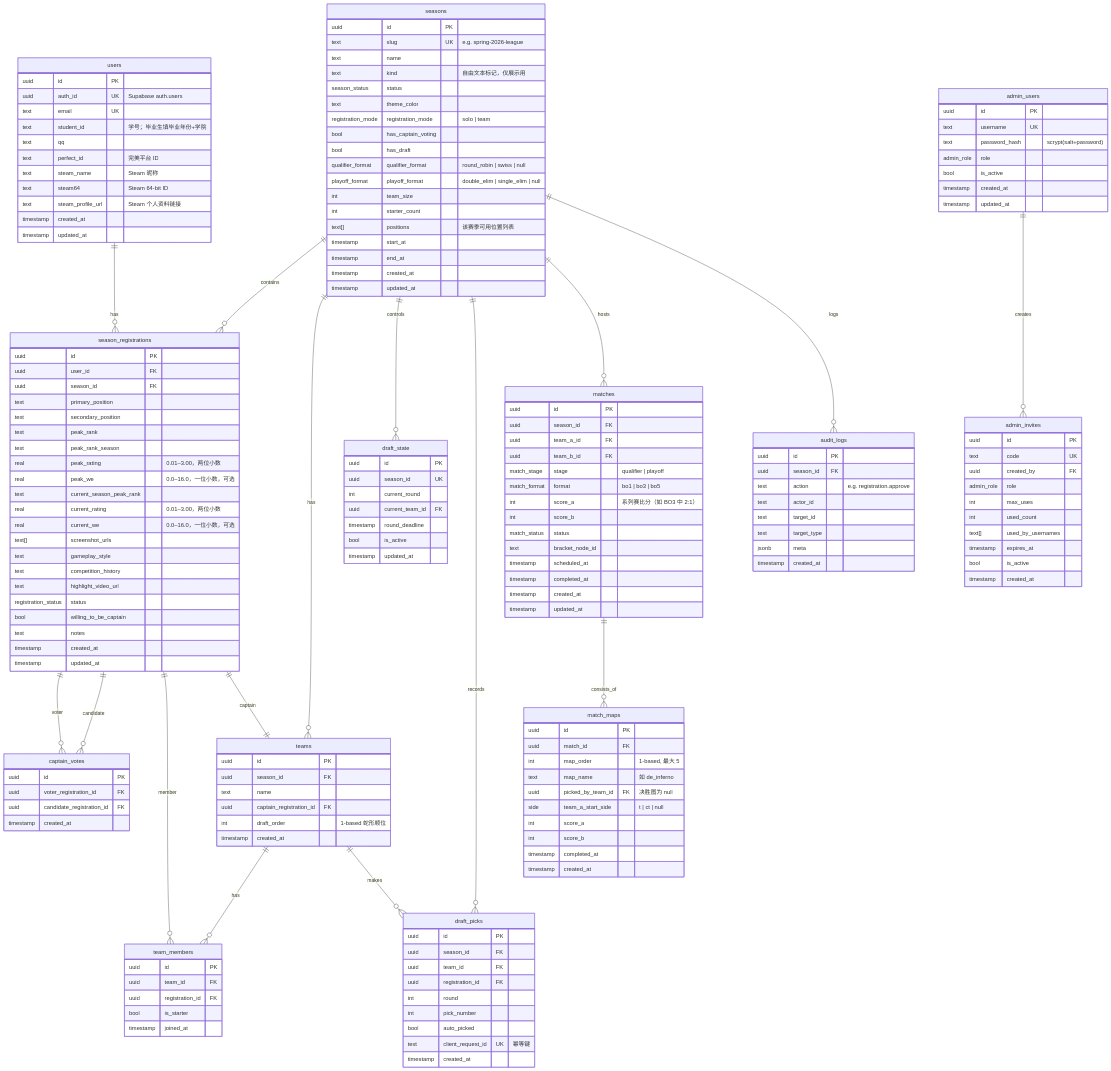
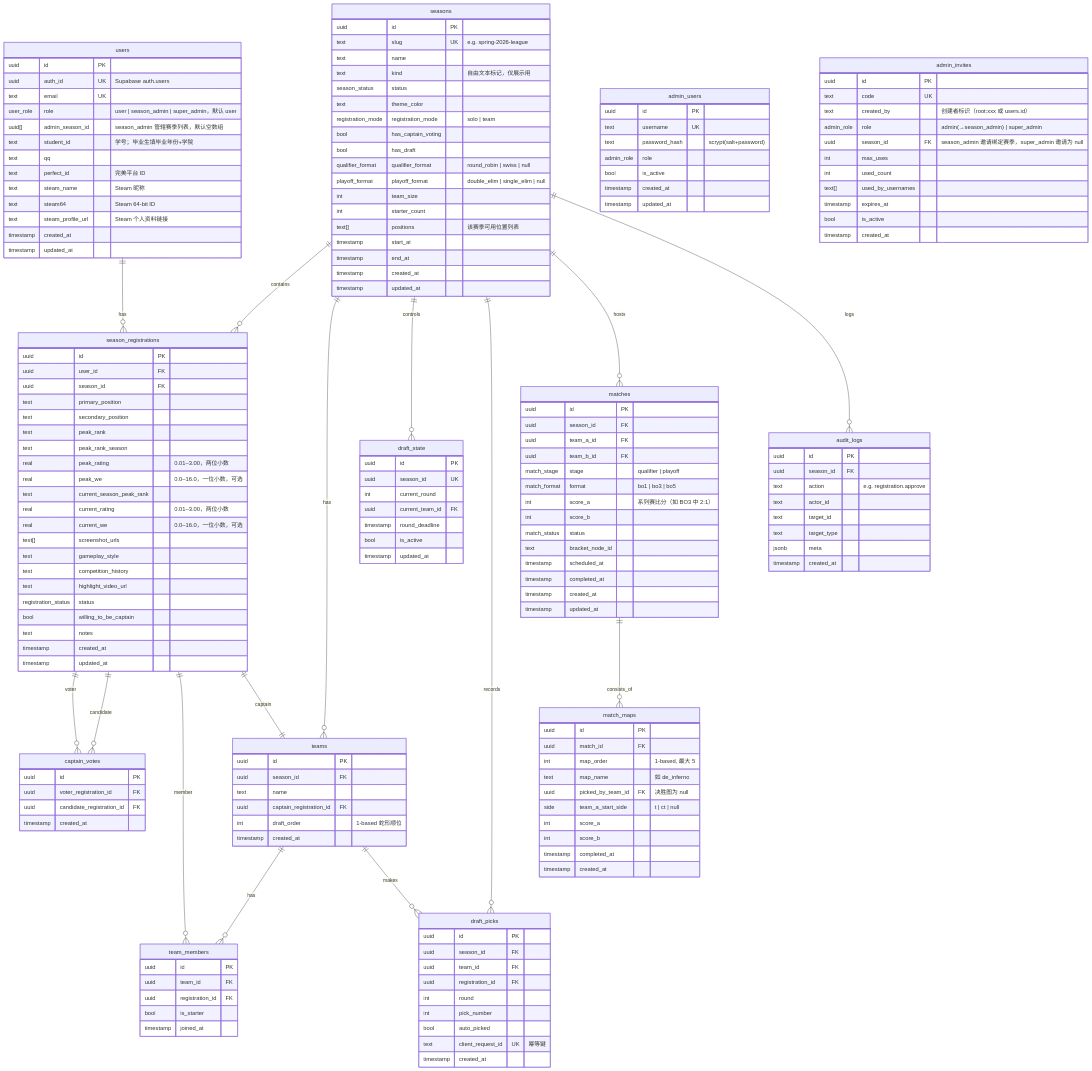
One commit to Starfie1d1272/RivalHub changed the diagram in docs/data-model.md. Above: the diagram before and after it, drawn with Mermaid. The commit also changed other lines of this file and 28 other files, not shown here.

```diff
--- a/docs/data-model.md
+++ b/docs/data-model.md
@@ -8,6 +8,8 @@
     uuid id PK
     uuid auth_id UK "Supabase auth.users"
     text email UK
+    user_role role "user | season_admin | super_admin，默认 user"
+    uuid[] admin_season_id "season_admin 管辖赛季列表，默认空数组"
     text student_id "学号；毕业生填毕业年份+学院"
     text qq
     text perfect_id "完美平台 ID"
@@ -163,8 +165,9 @@
   admin_invites {
     uuid id PK
     text code UK
-    uuid created_by FK
-    admin_role role
+    text created_by "创建者标识（root:xxx 或 users.id）"
+    admin_role role "admin(→season_admin) | super_admin"
+    uuid season_id FK "season_admin 邀请绑定赛季，super_admin 邀请为 null"
     int max_uses
     int used_count
     text[] used_by_usernames
@@ -173,7 +176,8 @@
     timestamp created_at
   }
 
-  admin_users ||--o{ admin_invites : "creates"
+
+
 
   users ||--o{ season_registrations : "has"
   seasons ||--o{ season_registrations : "contains"
```
